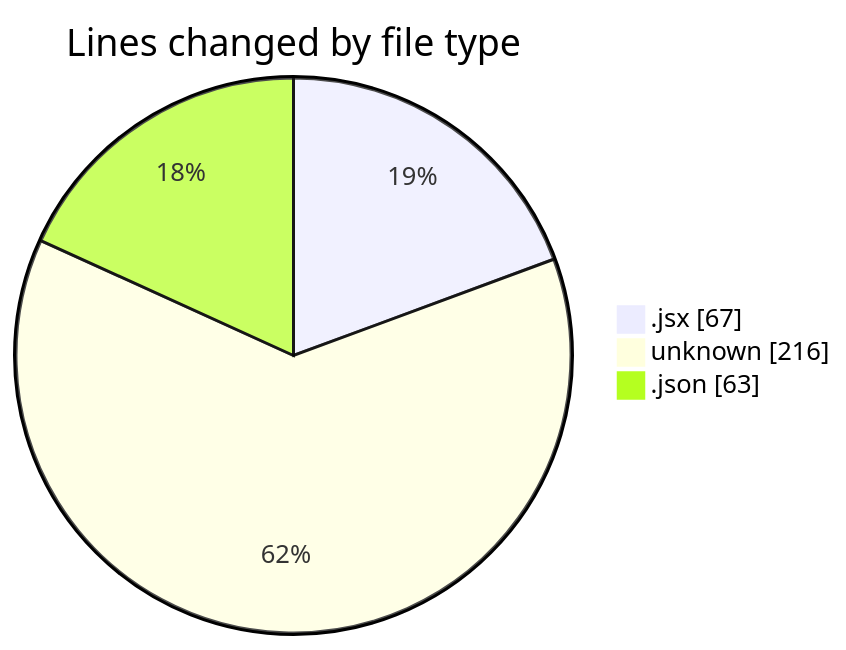
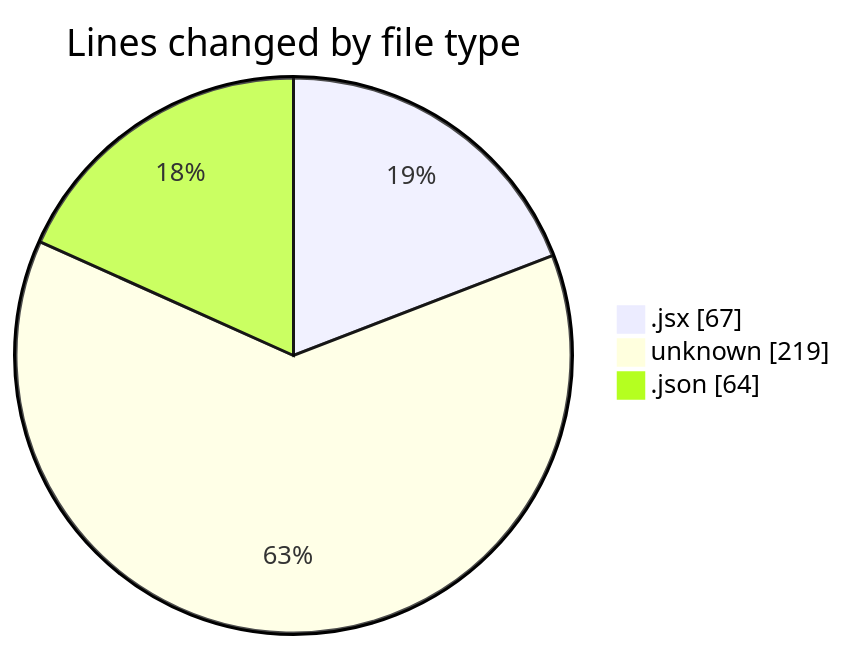
Before and after one commit to Elitesun/code-tracking: the first of 2 diagrams in 2025-02-05/react_ecom/README.md, drawn with Mermaid. The commit also changed other lines of this file and 1 other file, not shown here.

````diff
--- a/2025-02-05/react_ecom/README.md
+++ b/2025-02-05/react_ecom/README.md
@@ -26,7 +26,7 @@
 ```mermaid
 pie showData
 title Lines changed by file type
 ".jsx" : 67
-"unknown" : 216
-".json" : 63
+"unknown" : 219
+".json" : 64
 ```
````
